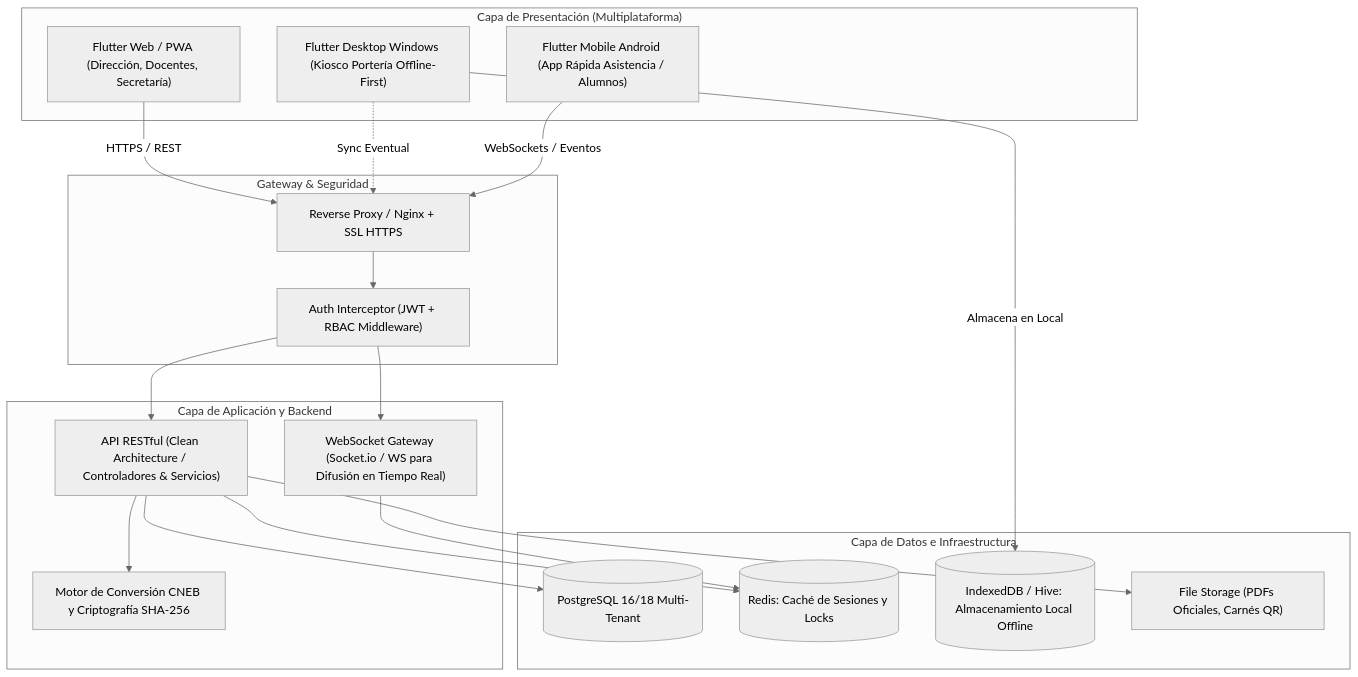
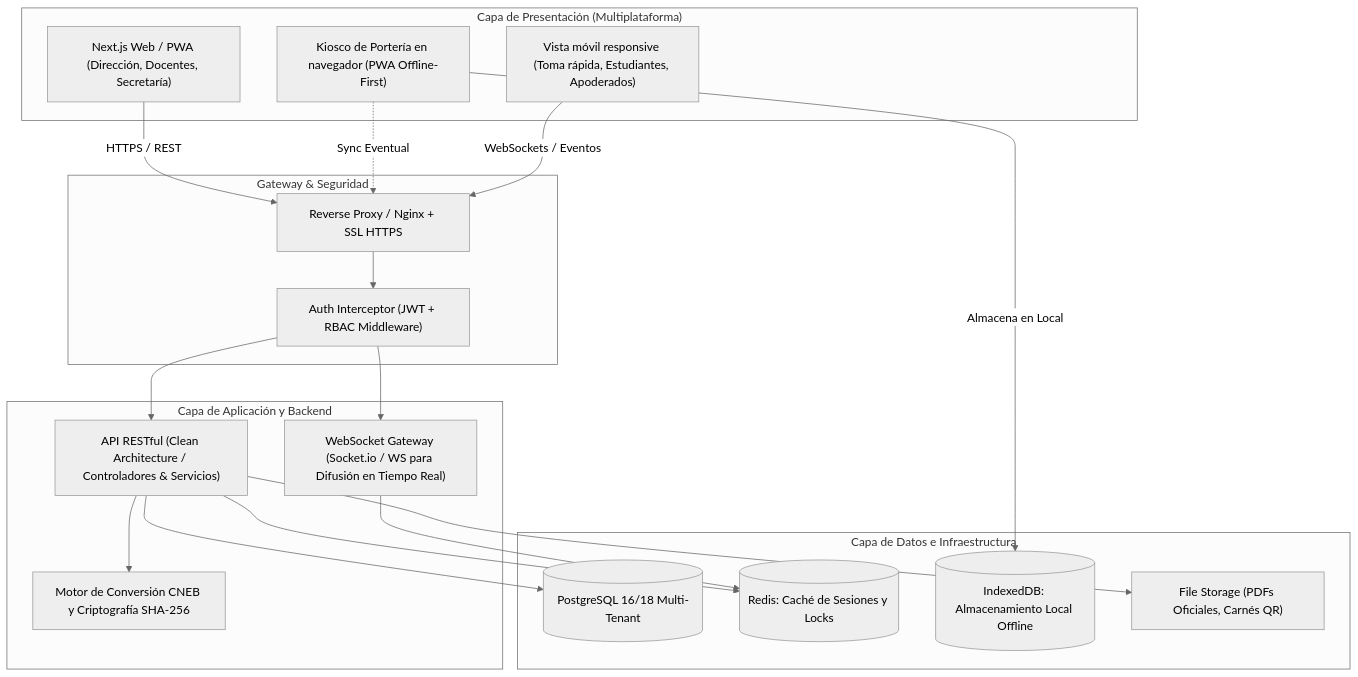
One commit to Eduardo-Sebastian-Paipay-Vega/school-management-system changed the first of 3 diagrams in D - Base 1 - 01092026/Fase 2/Arquitectura/arquitectura_sistema.md. Above: the diagram before and after it, drawn with Mermaid (neutral theme). The commit also changed other lines of this file and 38 other files, not shown here.

````diff
--- a/D - Base 1 - 01092026/Fase 2/Arquitectura/arquitectura_sistema.md
+++ b/D - Base 1 - 01092026/Fase 2/Arquitectura/arquitectura_sistema.md
@@ -15,39 +15,39 @@
 ```mermaid
 graph TD
     subgraph Capa_Presentacion ["Capa de Presentación (Multiplataforma)"]
-        A1["Flutter Web / PWA (Dirección, Docentes, Secretaría)"]
-        A2["Flutter Desktop Windows (Kiosco Portería Offline-First)"]
-        A3["Flutter Mobile Android (App Rápida Asistencia / Alumnos)"]
+        A1["Next.js Web / PWA (Dirección, Docentes, Secretaría)"]
+        A2["Kiosco de Portería en navegador (PWA Offline-First)"]
+        A3["Vista móvil responsive (Toma rápida, Estudiantes, Apoderados)"]
     end
 
     subgraph Capa_Seguridad_Enrutamiento ["Gateway & Seguridad"]
         GW["Reverse Proxy / Nginx + SSL HTTPS"]
         JWT["Auth Interceptor (JWT + RBAC Middleware)"]
     end
 
     subgraph Capa_Logica_Negocio ["Capa de Aplicación y Backend"]
         B1["API RESTful (Clean Architecture / Controladores & Servicios)"]
         B2["WebSocket Gateway (Socket.io / WS para Difusión en Tiempo Real)"]
         B3["Motor de Conversión CNEB y Criptografía SHA-256"]
     end
 
     subgraph Capa_Persistencia ["Capa de Datos e Infraestructura"]
         DB[(PostgreSQL 16/18 Multi-Tenant)]
         CACHE[(Redis: Caché de Sesiones y Locks)]
-        LOCAL[(IndexedDB / Hive: Almacenamiento Local Offline)]
+        LOCAL[(IndexedDB: Almacenamiento Local Offline)]
         STORAGE["File Storage (PDFs Oficiales, Carnés QR)"]
     end
 
     A1 -->|HTTPS / REST| GW
     A2 -->|Almacena en Local| LOCAL
     A2 -.->|Sync Eventual| GW
     A3 -->|WebSockets / Eventos| GW
     GW --> JWT
     JWT --> B1
     JWT --> B2
     B1 --> DB
     B1 --> CACHE
     B1 --> B3
     B1 --> STORAGE
     B2 --> CACHE
 ```
````
